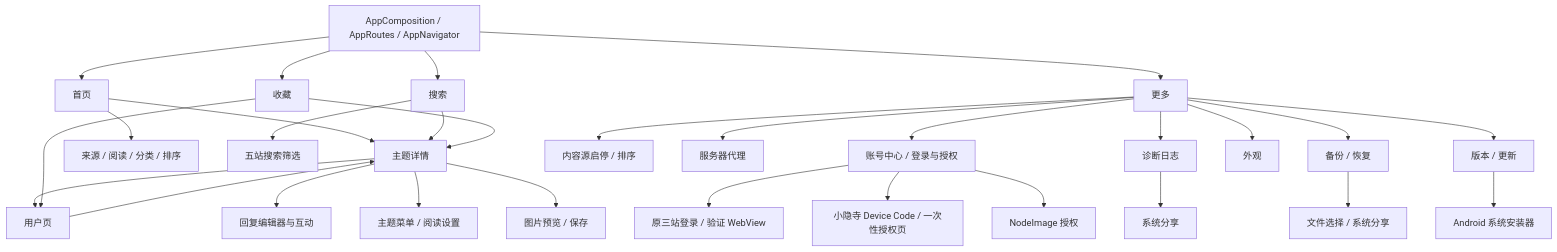
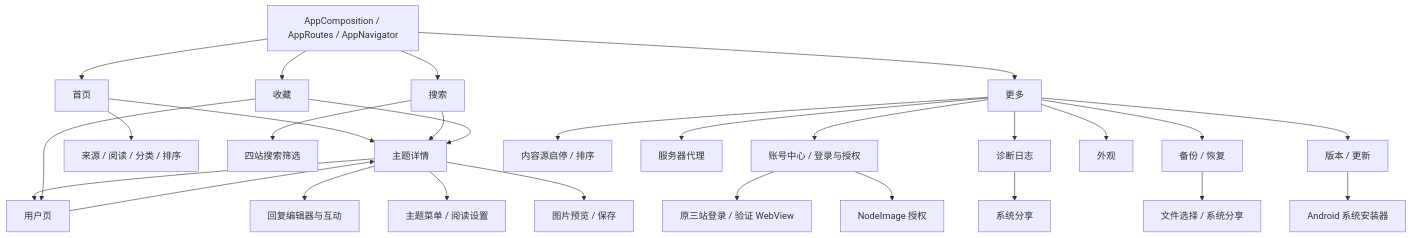
One commit to everythink98/wz-android changed the diagram in docs/product-map.md. Above: the diagram before and after it, drawn with Mermaid. The commit also changed other lines of this file and 153 other files, not shown here.

````diff
--- a/docs/product-map.md
+++ b/docs/product-map.md
@@ -16,31 +16,30 @@
 ```mermaid
 flowchart TD
   APP["AppComposition / AppRoutes / AppNavigator"] --> FEED["首页"]
   APP --> SEARCH["搜索"]
   APP --> LIBRARY["收藏"]
   APP --> MORE["更多"]
   FEED --> TOPIC["主题详情"]
   FEED --> FEED_FILTER["来源 / 阅读 / 分类 / 排序"]
   SEARCH --> TOPIC
-  SEARCH --> SEARCH_FILTER["五站搜索筛选"]
+  SEARCH --> SEARCH_FILTER["四站搜索筛选"]
   LIBRARY --> TOPIC
   TOPIC --> USER["用户页"]
   USER --> TOPIC
   LIBRARY --> USER
   TOPIC --> COMPOSER["回复编辑器与互动"]
   TOPIC --> TOPIC_MENU["主题菜单 / 阅读设置"]
   TOPIC --> IMAGE["图片预览 / 保存"]
   MORE --> ACCOUNT["账号中心 / 登录与授权"]
   MORE --> SOURCES["内容源启停 / 排序"]
   ACCOUNT --> VERIFY["原三站登录 / 验证 WebView"]
-  ACCOUNT --> XIAOYINSI_AUTH["小隐寺 Device Code / 一次性授权页"]
   ACCOUNT --> NODEIMAGE["NodeImage 授权"]
   MORE --> PROXY["服务器代理"]
   MORE --> DIAG["诊断日志"]
   MORE --> BACKUP["备份 / 恢复"]
   MORE --> APPEARANCE["外观"]
   MORE --> UPDATE["版本 / 更新"]
   DIAG --> SHARE["系统分享"]
   BACKUP --> FILE_PICKER["文件选择 / 系统分享"]
   UPDATE --> INSTALLER["Android 系统安装器"]
 ```
````
